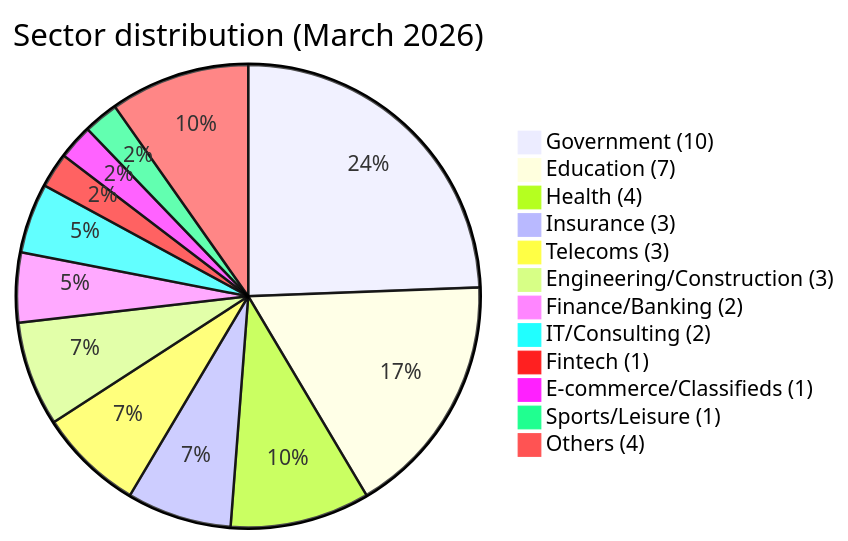
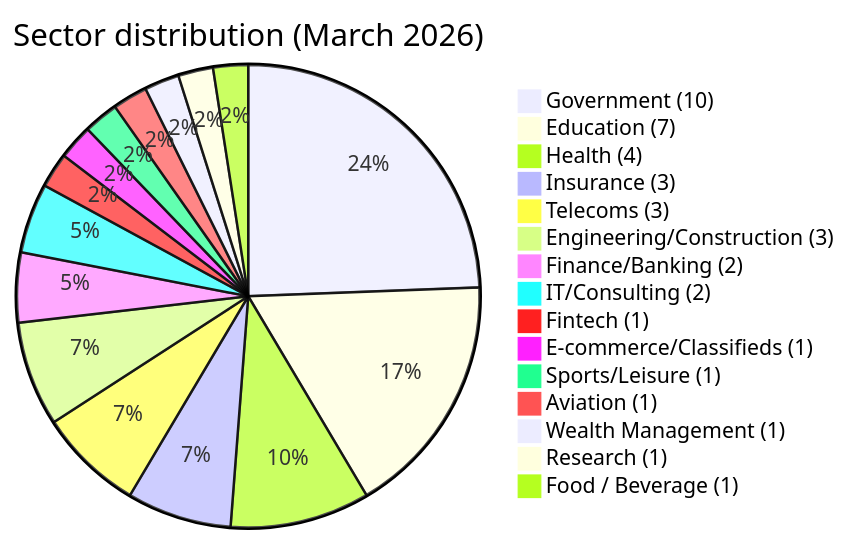
Before and after one commit to Hatchepsoute/AFRINTEL: the fifth of 5 diagrams in CyberAttackAfrica/2026/03-march/README.md, drawn with Mermaid. The commit also changed other lines of this file and 39 other files, not shown here.

````diff
--- a/CyberAttackAfrica/2026/03-march/README.md
+++ b/CyberAttackAfrica/2026/03-march/README.md
@@ -233,16 +239,19 @@
 ```mermaid
 pie
  title Sector distribution (March 2026)
  "Government (10)" : 10
  "Education (7)" : 7
  "Health (4)" : 4
  "Insurance (3)" : 3
  "Telecoms (3)" : 3
  "Engineering/Construction (3)" : 3
  "Finance/Banking (2)" : 2
  "IT/Consulting (2)" : 2
  "Fintech (1)" : 1
  "E-commerce/Classifieds (1)" : 1
  "Sports/Leisure (1)" : 1
- "Others (4)" : 4
+ "Aviation (1)" : 1
+ "Wealth Management (1)" : 1
+ "Research (1)" : 1
+ "Food / Beverage (1)" : 1
 ```
````
